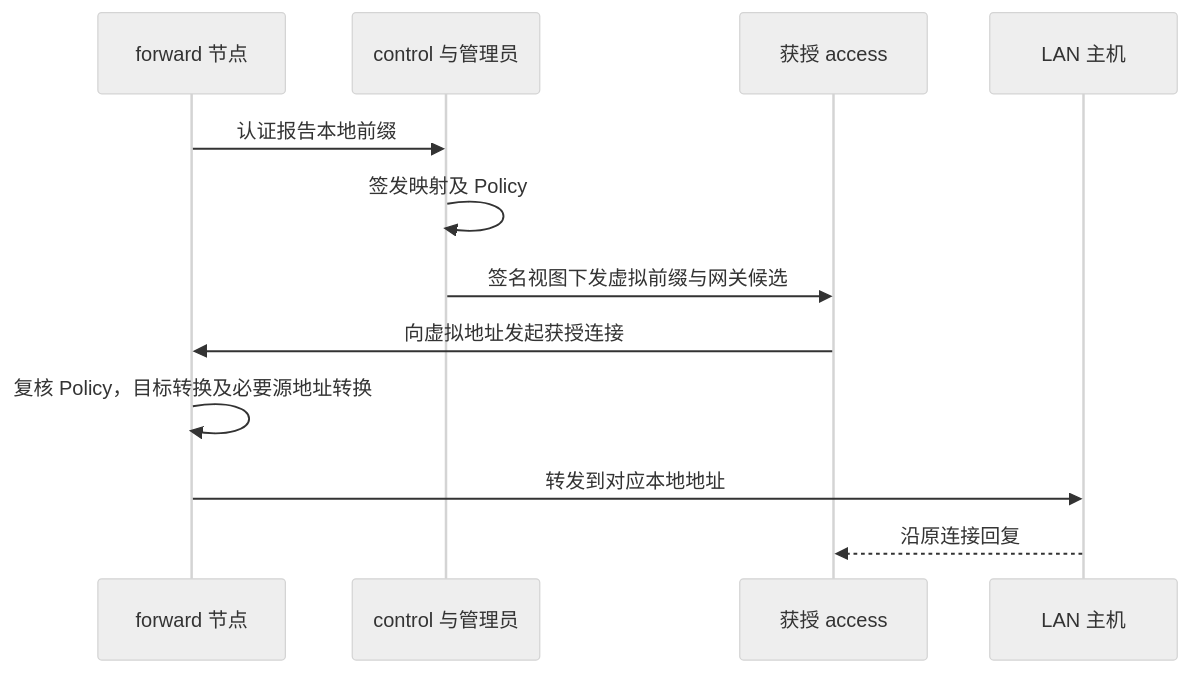
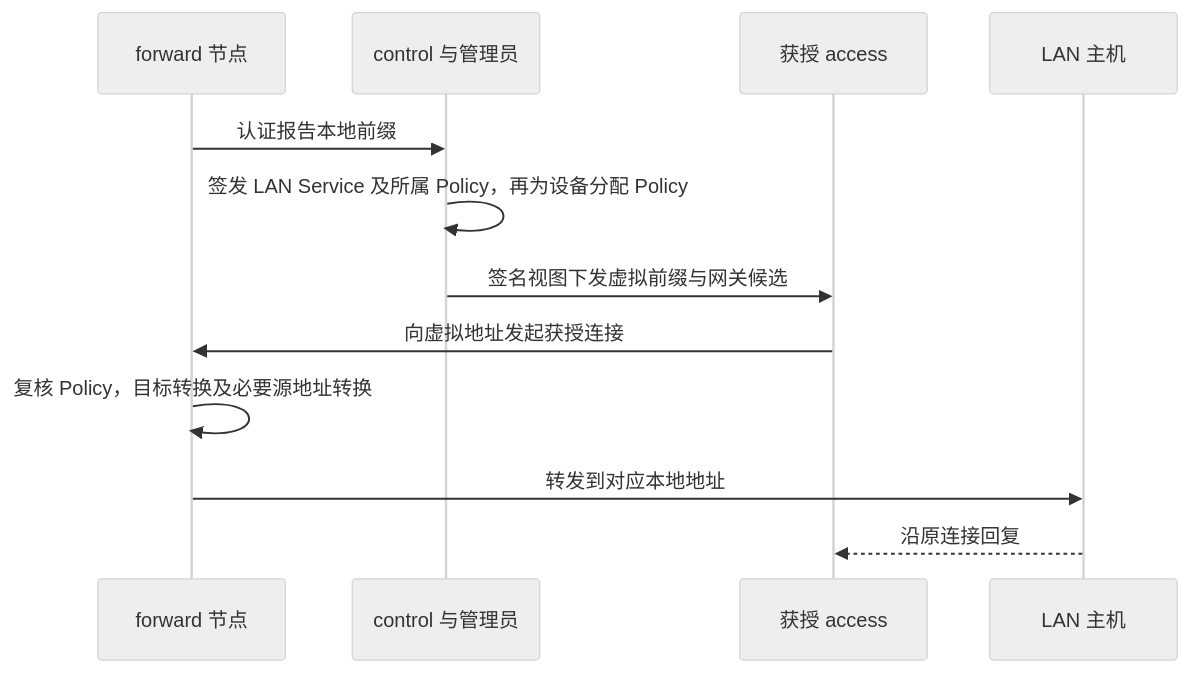
The seventh of 7 diagrams in docs/core/control-model.md (Scisaga/loom), drawn with Mermaid (neutral theme) before and after one commit. The commit also changed other lines of this file and 48 other files, not shown here.

````diff
--- a/docs/core/control-model.md
+++ b/docs/core/control-model.md
@@ -350,14 +480,14 @@
 ```mermaid
 sequenceDiagram
     participant F as forward 节点
     participant C as control 与管理员
     participant A as 获授 access
     participant L as LAN 主机
     F->>C: 认证报告本地前缀
-    C->>C: 签发映射及 Policy
+    C->>C: 签发 LAN Service 及所属 Policy，再为设备分配 Policy
     C->>A: 签名视图下发虚拟前缀与网关候选
     A->>F: 向虚拟地址发起获授连接
     F->>F: 复核 Policy，目标转换及必要源地址转换
     F->>L: 转发到对应本地地址
     L-->>A: 沿原连接回复
 ```
````
